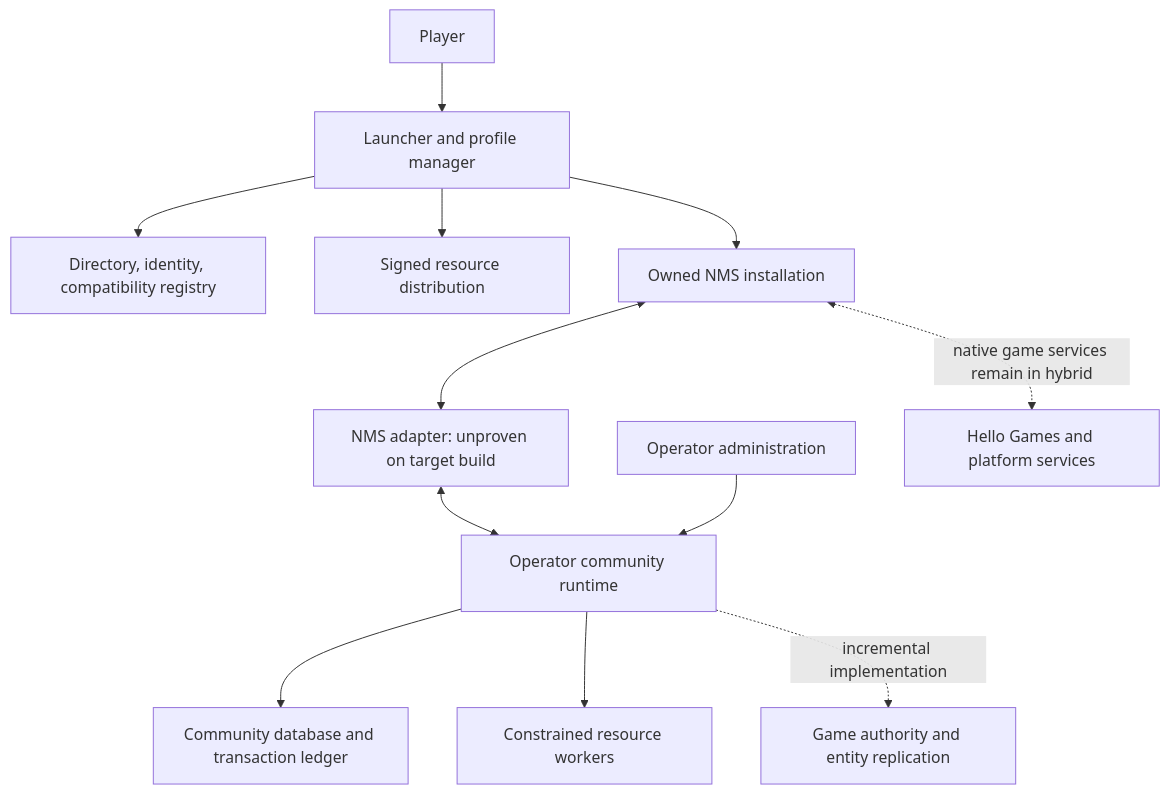
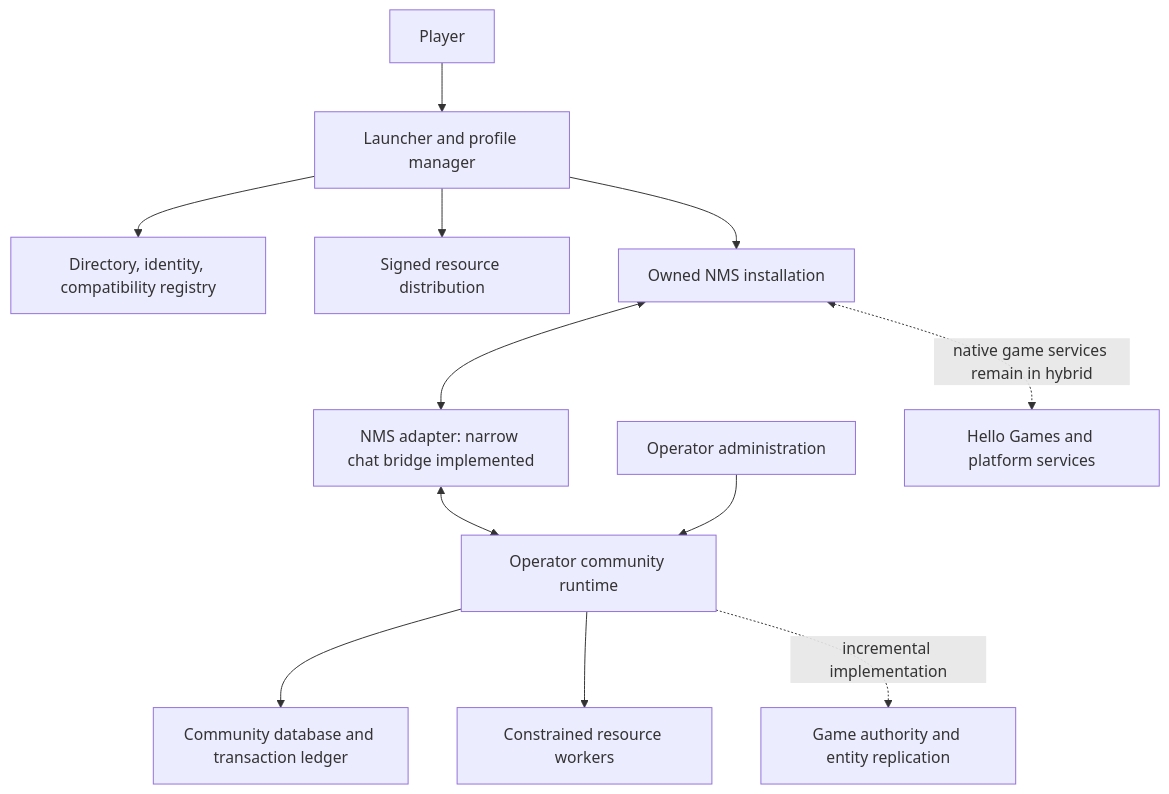
The diagram in docs/ARCHITECTURE.md (ochoadan/skym), drawn with Mermaid before and after one commit. The commit also changed other lines of this file and 22 other files, not shown here.

````diff
--- a/docs/ARCHITECTURE.md
+++ b/docs/ARCHITECTURE.md
@@ -25,14 +25,14 @@
 ```mermaid
 flowchart TB
     P[Player] --> L[Launcher and profile manager]
     L --> D[Directory, identity, compatibility registry]
     L --> R[Signed resource distribution]
     L --> G[Owned NMS installation]
-    G <--> A[NMS adapter: unproven on target build]
+    G <--> A[NMS adapter: narrow chat bridge implemented]
     A <--> C[Operator community runtime]
     C --> DB[Community database and transaction ledger]
     C --> S[Constrained resource workers]
     O[Operator administration] --> C
     C -. incremental implementation .-> W[Game authority and entity replication]
     G <-. native game services remain in hybrid .-> H[Hello Games and platform services]
 ```
````
